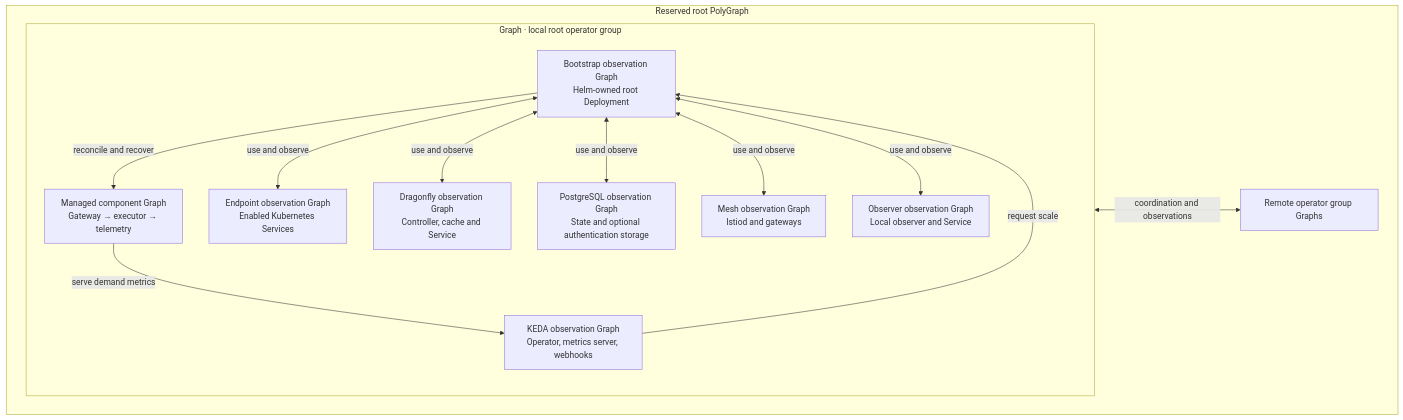
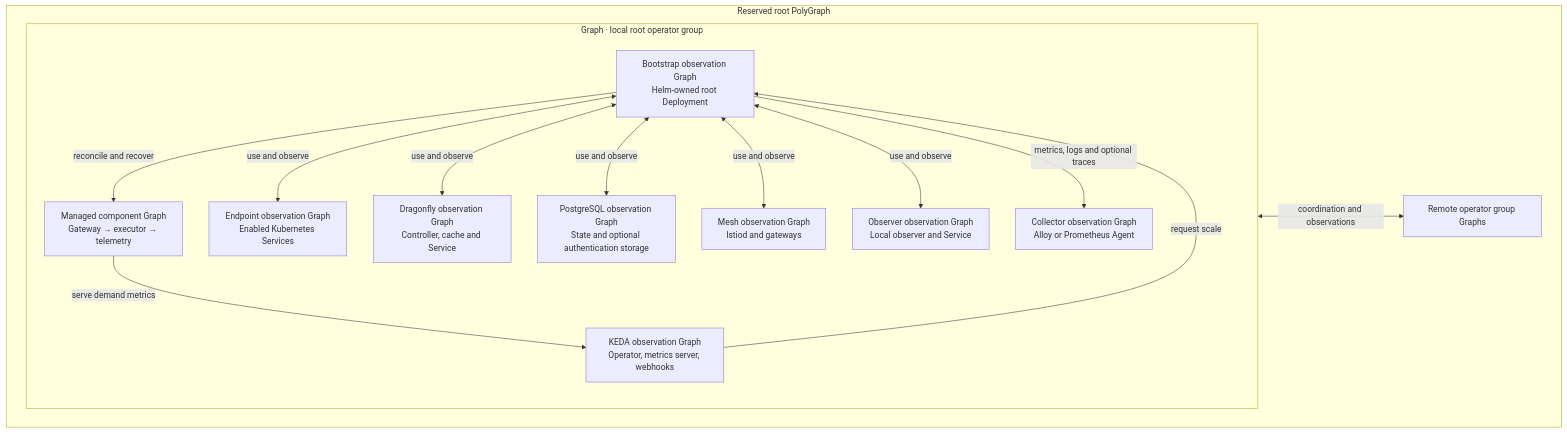
The diagram in docs/deployment/local-services.md (astrivant/polyad), drawn with Mermaid before and after one commit. The commit also changed other lines of this file and 98 other files, not shown here.

````diff
--- a/docs/deployment/local-services.md
+++ b/docs/deployment/local-services.md
@@ -32,25 +33,27 @@
 ```mermaid
 flowchart TB
     subgraph poly["Reserved root PolyGraph"]
         subgraph root["Graph · local root operator group"]
             bootstrap["Bootstrap observation Graph<br/>Helm-owned root Deployment"]
             pipeline["Managed component Graph<br/>Gateway → executor → telemetry"]
             keda["KEDA observation Graph<br/>Operator, metrics server, webhooks"]
             endpoints["Endpoint observation Graph<br/>Enabled Kubernetes Services"]
             cache["Dragonfly observation Graph<br/>Controller, cache and Service"]
             databases["PostgreSQL observation Graph<br/>State and optional authentication storage"]
             mesh["Mesh observation Graph<br/>Istiod and gateways"]
             observer["Observer observation Graph<br/>Local observer and Service"]
+            collectors["Collector observation Graph<br/>Alloy or Prometheus Agent"]
             bootstrap -->|"reconcile and recover"| pipeline
             keda -->|"request scale"| bootstrap
             pipeline -->|"serve demand metrics"| keda
             bootstrap <-->|"use and observe"| endpoints
             bootstrap <-->|"use and observe"| cache
             bootstrap <-->|"use and observe"| databases
             bootstrap <-->|"use and observe"| mesh
             bootstrap <-->|"use and observe"| observer
+            bootstrap -->|"metrics, logs and optional traces"| collectors
         end
         remote["Remote operator group Graphs"]
         root <-->|"coordination and observations"| remote
     end
 ```
````
